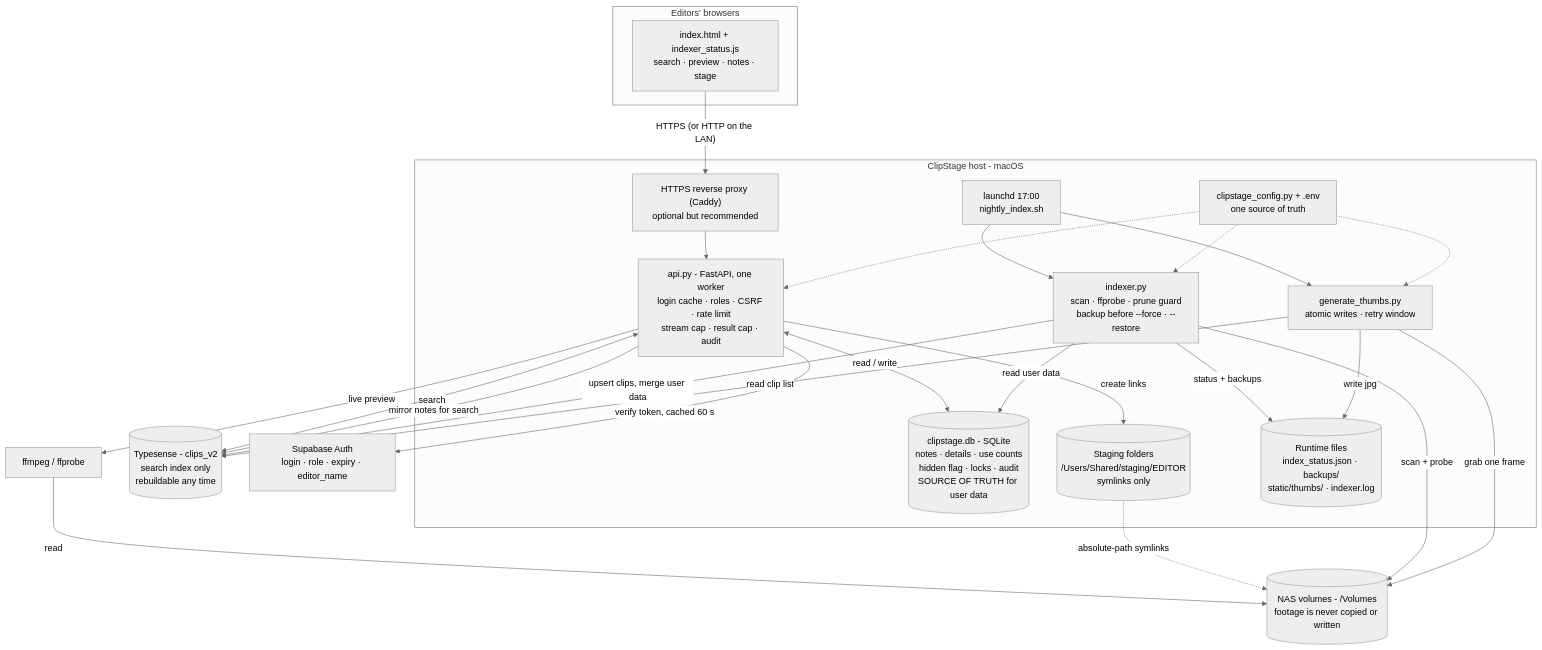
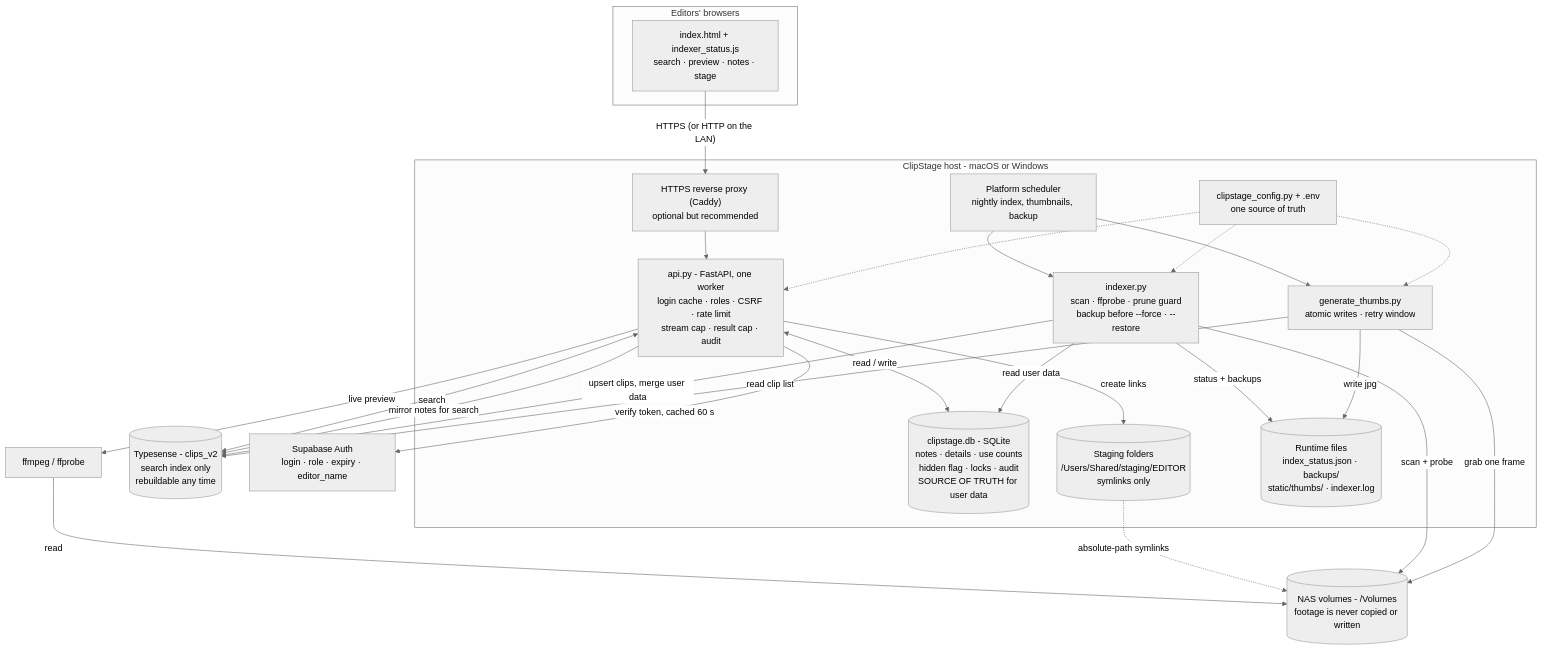
The diagram in README.md (changan1111/ClipStageNews), drawn with Mermaid (neutral theme) before and after one commit. The commit also changed other lines of this file, not shown here.

````diff
--- a/README.md
+++ b/README.md
@@ -44,48 +93,48 @@
 ```mermaid
 flowchart TB
     subgraph CLIENT["Editors' browsers"]
         UI["index.html + indexer_status.js<br/>search · preview · notes · stage"]
     end
 
-    subgraph HOST["ClipStage host - macOS"]
+    subgraph HOST["ClipStage host - macOS or Windows"]
         PROXY["HTTPS reverse proxy (Caddy)<br/>optional but recommended"]
         API["api.py - FastAPI, one worker<br/>login cache · roles · CSRF · rate limit<br/>stream cap · result cap · audit"]
         DB[("clipstage.db - SQLite<br/>notes · details · use counts<br/>hidden flag · locks · audit<br/>SOURCE OF TRUTH for user data")]
         STAGE[("Staging folders<br/>/Users/Shared/staging/EDITOR<br/>symlinks only")]
         LOCAL[("Runtime files<br/>index_status.json · backups/<br/>static/thumbs/ · indexer.log")]
-        SCHED["launchd 17:00<br/>nightly_index.sh"]
+        SCHED["Platform scheduler<br/>nightly index, thumbnails, backup"]
         IDX["indexer.py<br/>scan · ffprobe · prune guard<br/>backup before --force · --restore"]
         THUMBS["generate_thumbs.py<br/>atomic writes · retry window"]
         CFG["clipstage_config.py + .env<br/>one source of truth"]
     end
 
     TS[("Typesense - clips_v2<br/>search index only<br/>rebuildable any time")]
     SB["Supabase Auth<br/>login · role · expiry · editor_name"]
     NAS[("NAS volumes - /Volumes<br/>footage is never copied or written")]
     FF["ffmpeg / ffprobe"]
 
     UI -->|"HTTPS (or HTTP on the LAN)"| PROXY
     PROXY --> API
     API -->|"verify token, cached 60 s"| SB
     API <-->|"search"| TS
     API <-->|"read / write"| DB
     API -->|"mirror notes for search"| TS
     API -->|"live preview"| FF
     FF -->|"read"| NAS
     API -->|"create links"| STAGE
     STAGE -.->|"absolute-path symlinks"| NAS
 
     SCHED --> IDX
     SCHED --> THUMBS
     IDX -->|"scan + probe"| NAS
     IDX -->|"upsert clips, merge user data"| TS
     IDX -->|"read user data"| DB
     IDX -->|"status + backups"| LOCAL
     THUMBS -->|"read clip list"| TS
     THUMBS -->|"grab one frame"| NAS
     THUMBS -->|"write jpg"| LOCAL
 
     CFG -.-> API
     CFG -.-> IDX
     CFG -.-> THUMBS
 ```
````
